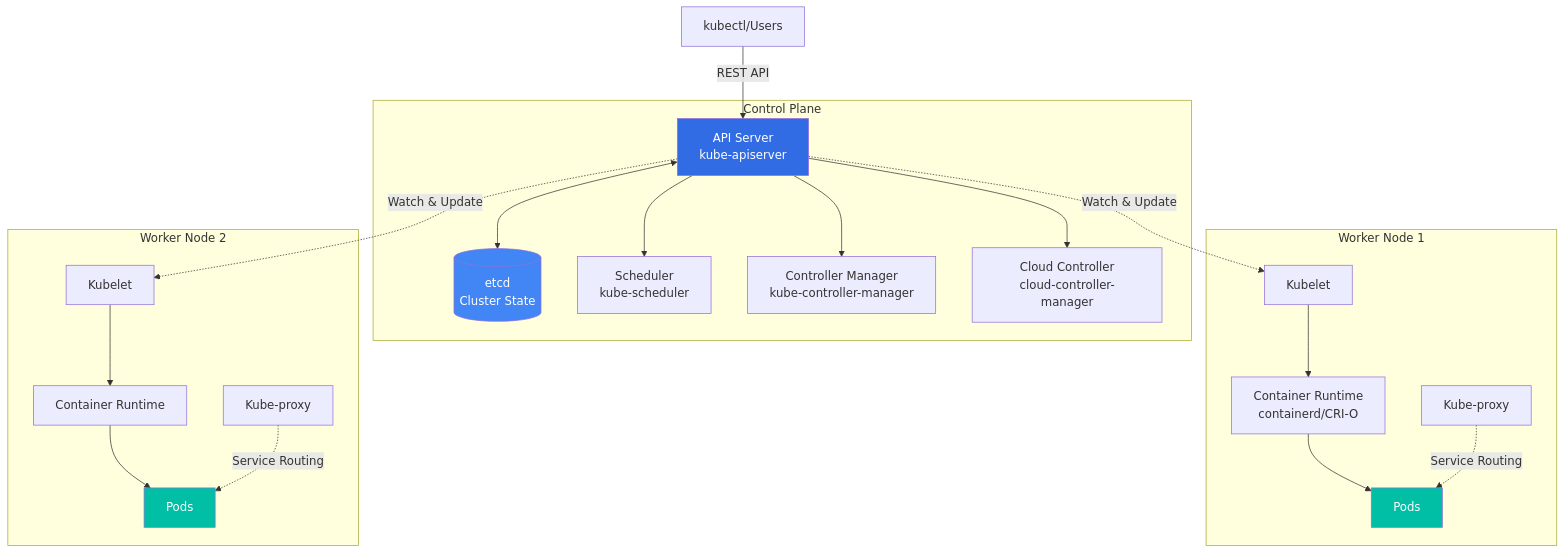
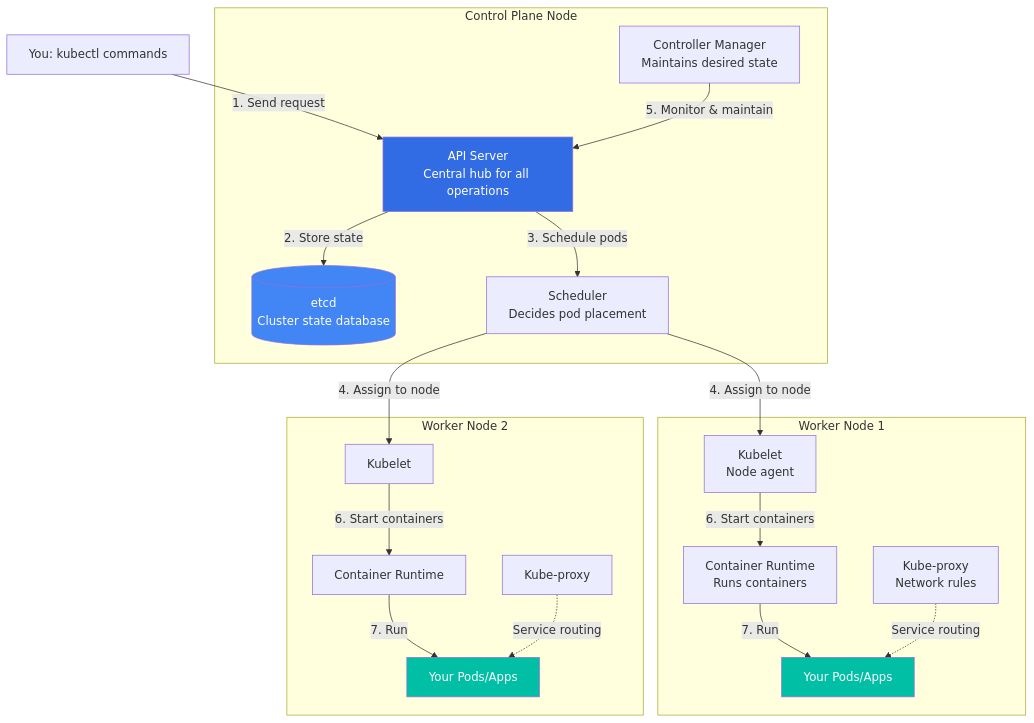
One commit to devopscert202/k8sforbeginners changed the diagram in README.md. Above: the diagram before and after it, drawn with Mermaid. The commit also changed other lines of this file, not shown here.

````diff
--- a/README.md
+++ b/README.md
@@ -58,43 +70,41 @@
 ```mermaid
 graph TB
-    subgraph "Control Plane"
-        API[API Server<br/>kube-apiserver]
-        ETCD[(etcd<br/>Cluster State)]
-        SCHED[Scheduler<br/>kube-scheduler]
-        CM[Controller Manager<br/>kube-controller-manager]
-        CCM[Cloud Controller<br/>cloud-controller-manager]
+    subgraph "Control Plane Node"
+        API[API Server<br/>Central hub for all operations]
+        ETCD[(etcd<br/>Cluster state database)]
+        SCHED[Scheduler<br/>Decides pod placement]
+        CM[Controller Manager<br/>Maintains desired state]
     end
 
     subgraph "Worker Node 1"
-        K1[Kubelet]
-        KP1[Kube-proxy]
-        CR1[Container Runtime<br/>containerd/CRI-O]
-        POD1[Pods]
+        K1[Kubelet<br/>Node agent]
+        KP1[Kube-proxy<br/>Network rules]
+        CR1[Container Runtime<br/>Runs containers]
+        POD1[Your Pods/Apps]
     end
 
     subgraph "Worker Node 2"
         K2[Kubelet]
         KP2[Kube-proxy]
         CR2[Container Runtime]
-        POD2[Pods]
+        POD2[Your Pods/Apps]
     end
 
-    USER[kubectl/Users] -->|REST API| API
-    API <--> ETCD
-    API --> SCHED
-    API --> CM
-    API --> CCM
-    API -.->|Watch & Update| K1
-    API -.->|Watch & Update| K2
-    K1 --> CR1
-    CR1 --> POD1
-    K2 --> CR2
-    CR2 --> POD2
-    KP1 -.->|Service Routing| POD1
-    KP2 -.->|Service Routing| POD2
+    USER[You: kubectl commands] -->|1. Send request| API
+    API -->|2. Store state| ETCD
+    API -->|3. Schedule pods| SCHED
+    SCHED -->|4. Assign to node| K1
+    SCHED -->|4. Assign to node| K2
+    CM -->|5. Monitor & maintain| API
+    K1 -->|6. Start containers| CR1
+    CR1 -->|7. Run| POD1
+    K2 -->|6. Start containers| CR2
+    CR2 -->|7. Run| POD2
+    KP1 -.->|Service routing| POD1
+    KP2 -.->|Service routing| POD2
 
     style API fill:#326CE5,color:#fff
     style ETCD fill:#4285F4,color:#fff
     style POD1 fill:#00BFA5,color:#fff
     style POD2 fill:#00BFA5,color:#fff
 ```
````
